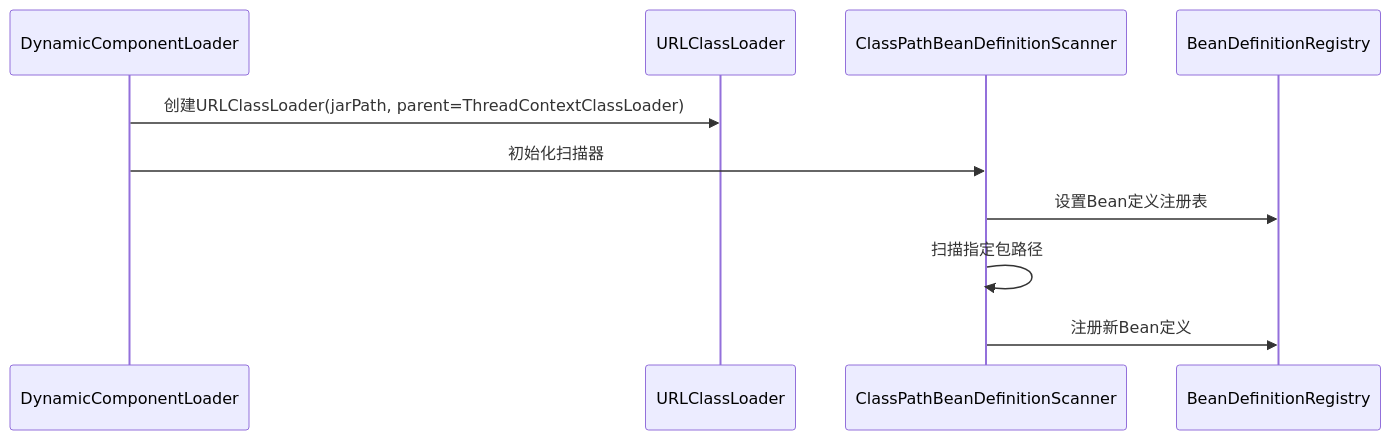
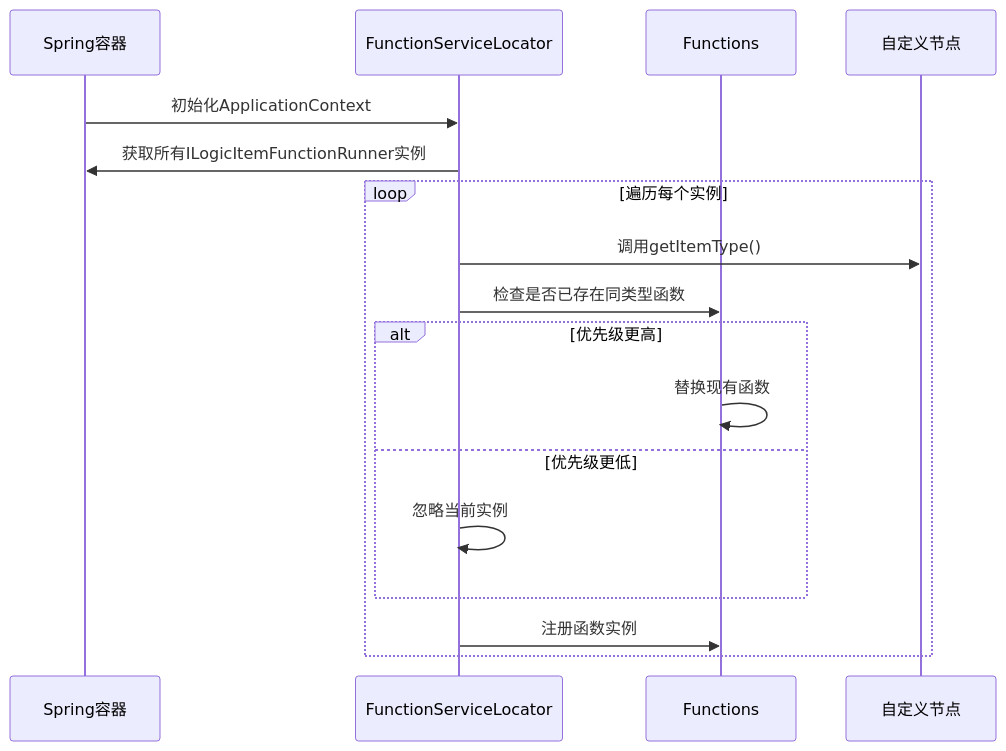
One commit to lk-keep-fighting/logic-solution changed the third of 5 diagrams in .qoder/repowiki/zh/content/扩展开发/扩展开发.md. Above: the diagram before and after it, drawn with Mermaid. The commit also changed other lines of this file and 104 other files, not shown here.

````diff
--- a/.qoder/repowiki/zh/content/扩展开发/扩展开发.md
+++ b/.qoder/repowiki/zh/content/扩展开发/扩展开发.md
@@ -74,12 +162,19 @@
 ```mermaid
 sequenceDiagram
-participant DCL as DynamicComponentLoader
-participant CL as URLClassLoader
-participant Scanner as ClassPathBeanDefinitionScanner
-participant Registry as BeanDefinitionRegistry
-DCL->>CL : 创建URLClassLoader(jarPath, parent=ThreadContextClassLoader)
-DCL->>Scanner : 初始化扫描器
-Scanner->>Registry : 设置Bean定义注册表
-Scanner->>Scanner : 扫描指定包路径
-Scanner->>Registry : 注册新Bean定义
+participant Spring as Spring容器
+participant FSL as FunctionServiceLocator
+participant Functions as Functions
+participant CustomNode as 自定义节点
+Spring->>FSL : 初始化ApplicationContext
+FSL->>Spring : 获取所有ILogicItemFunctionRunner实例
+loop 遍历每个实例
+FSL->>CustomNode : 调用getItemType()
+FSL->>Functions : 检查是否已存在同类型函数
+alt 优先级更高
+Functions->>Functions : 替换现有函数
+else 优先级更低
+FSL->>FSL : 忽略当前实例
+end
+FSL->>Functions : 注册函数实例
+end
 ```
````
